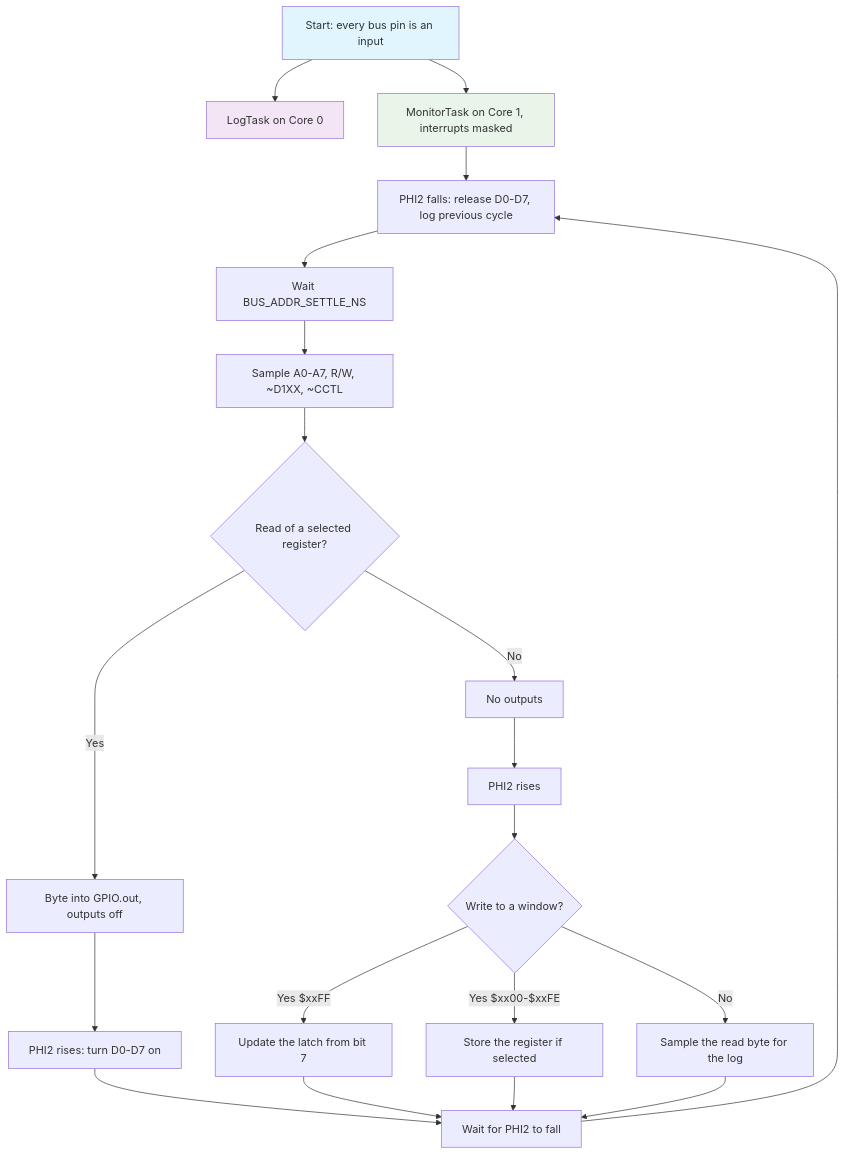
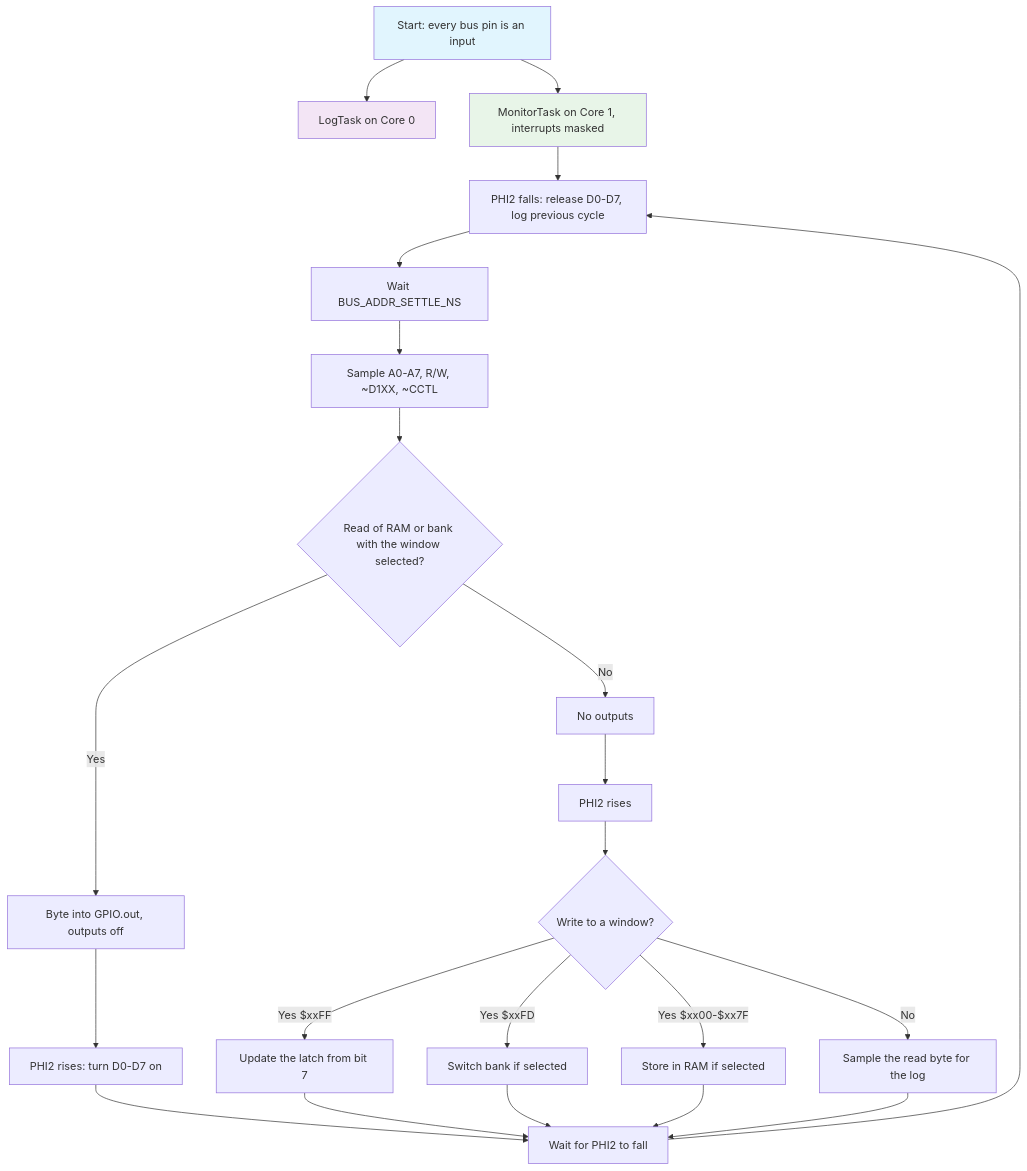
The second of 4 diagrams in README_EN.md (gianlucarenzi/ESP32-BOBOARD-5V), drawn with Mermaid before and after one commit. The commit also changed other lines of this file and 9 other files, not shown here.

````diff
--- a/README_EN.md
+++ b/README_EN.md
@@ -310,26 +314,28 @@
 ```mermaid
 flowchart TD
     A[Start: every bus pin is an input] --> B[LogTask on Core 0]
     A --> C[MonitorTask on Core 1, interrupts masked]
     C --> D[PHI2 falls: release D0-D7, log previous cycle]
     D --> E[Wait BUS_ADDR_SETTLE_NS]
     E --> F[Sample A0-A7, R/W, ~D1XX, ~CCTL]
-    F --> G{Read of a selected register?}
+    F --> G{Read of RAM or bank with the window selected?}
     G -->|Yes| H[Byte into GPIO.out, outputs off]
     G -->|No| I[No outputs]
     H --> J[PHI2 rises: turn D0-D7 on]
     I --> K[PHI2 rises]
     J --> L[Wait for PHI2 to fall]
     K --> M{Write to a window?}
     M -->|Yes $xxFF| N[Update the latch from bit 7]
-    M -->|Yes $xx00-$xxFE| O[Store the register if selected]
+    M -->|Yes $xxFD| Q[Switch bank if selected]
+    M -->|Yes $xx00-$xx7F| O[Store in RAM if selected]
     M -->|No| P[Sample the read byte for the log]
     N --> L
+    Q --> L
     O --> L
     P --> L
     L --> D
 
     style A fill:#e1f5fe
     style B fill:#f3e5f5
     style C fill:#e8f5e8
 ```
````
